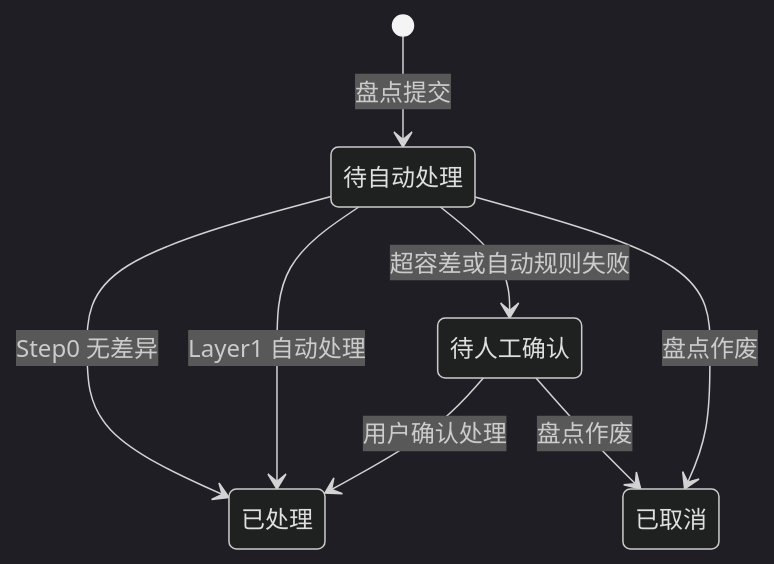
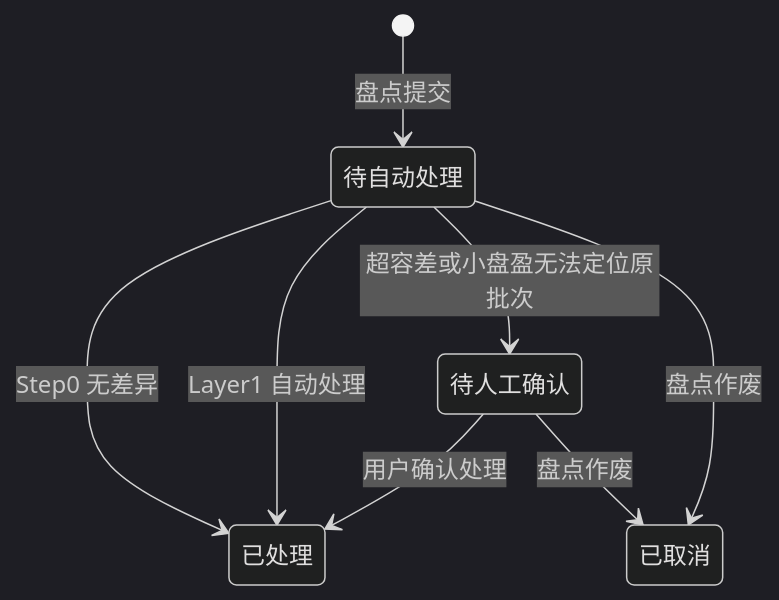
The second of 2 diagrams in prds/inventory/02-盘点差异自动处理规则.md (91Dhua/Vaccine), drawn with Mermaid (dark theme) before and after one commit. The commit also changed other lines of this file and 1 other file, not shown here.

````diff
--- a/prds/inventory/02-盘点差异自动处理规则.md
+++ b/prds/inventory/02-盘点差异自动处理规则.md
@@ -403,10 +402,10 @@
 ```mermaid
 stateDiagram-v2
   [*] --> 待自动处理: 盘点提交
   待自动处理 --> 已处理: Step0 无差异
   待自动处理 --> 已处理: Layer1 自动处理
-  待自动处理 --> 待人工确认: 超容差或自动规则失败
+  待自动处理 --> 待人工确认: 超容差或小盘盈无法定位原批次
   待人工确认 --> 已处理: 用户确认处理
   待自动处理 --> 已取消: 盘点作废
   待人工确认 --> 已取消: 盘点作废
 ```
````
